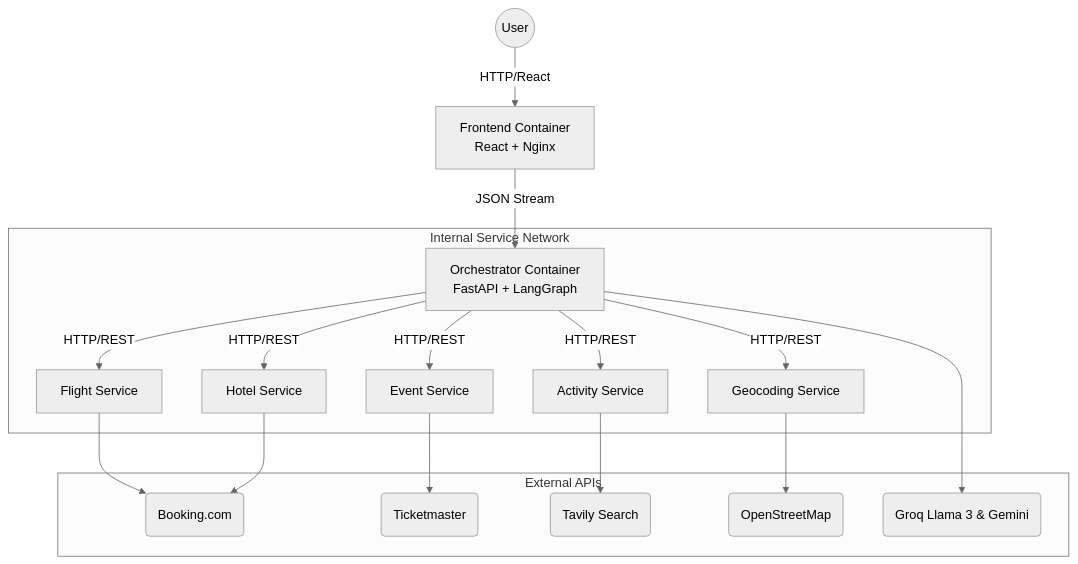
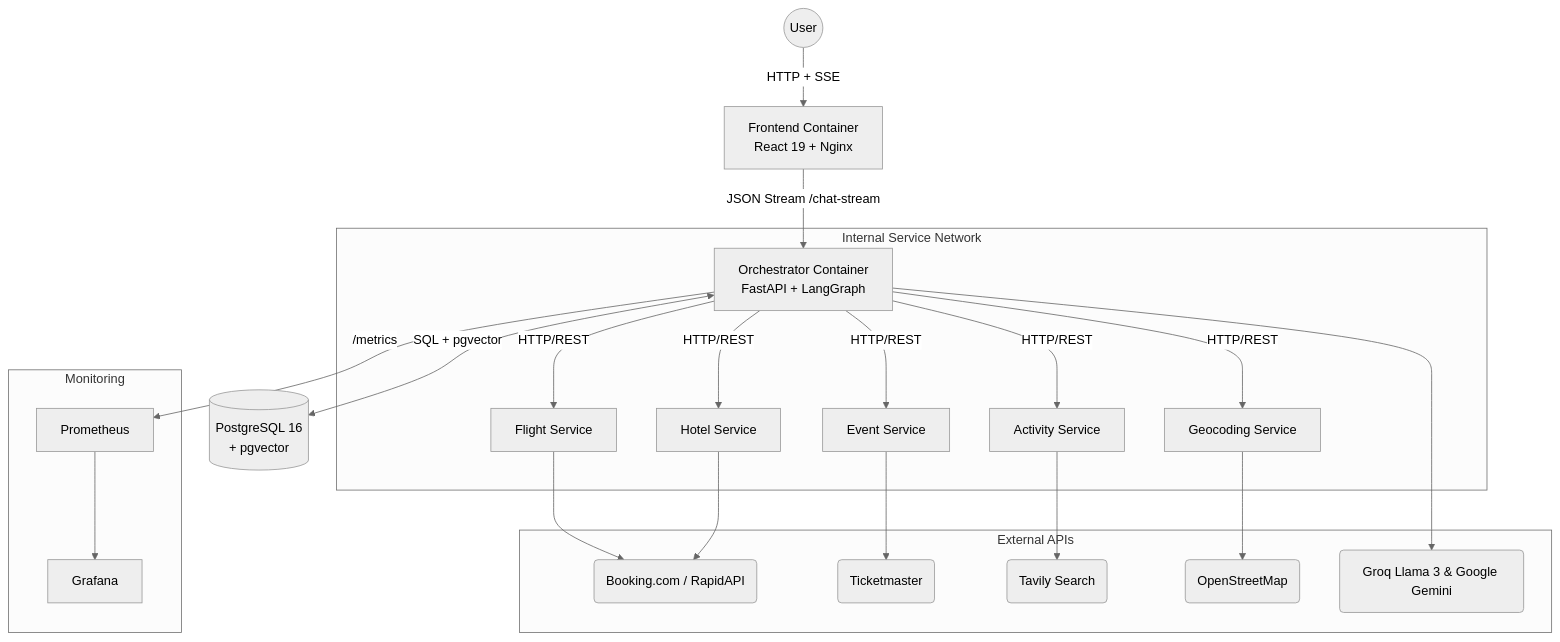
The diagram in README.md (BopsAIle/Agent-travel), drawn with Mermaid (neutral theme) before and after one commit. The commit also changed other lines of this file, not shown here.

````diff
--- a/README.md
+++ b/README.md
@@ -78,22 +90,29 @@
 ```mermaid
 graph TD
-    User((User)) -->|HTTP/React| Frontend[Frontend Container<br>React + Nginx]
-    Frontend -->|JSON Stream| Orch[Orchestrator Container<br>FastAPI + LangGraph]
-    
+    User((User)) -->|HTTP + SSE| Frontend[Frontend Container<br>React 19 + Nginx]
+    Frontend -->|JSON Stream /chat-stream| Orch[Orchestrator Container<br>FastAPI + LangGraph]
+
+    Orch <-->|SQL + pgvector| DB[(PostgreSQL 16<br>+ pgvector)]
+
     subgraph "Internal Service Network"
         Orch -->|HTTP/REST| Flight[Flight Service]
         Orch -->|HTTP/REST| Hotel[Hotel Service]
         Orch -->|HTTP/REST| Event[Event Service]
         Orch -->|HTTP/REST| Activity[Activity Service]
         Orch -->|HTTP/REST| Geo[Geocoding Service]
     end
-    
+
     subgraph "External APIs"
-        Flight --> BookingAPI(Booking.com)
+        Flight --> BookingAPI(Booking.com / RapidAPI)
         Hotel --> BookingAPI
         Event --> TM(Ticketmaster)
         Activity --> Tavily(Tavily Search)
         Geo --> OSM(OpenStreetMap)
-        Orch --> LLM(Groq Llama 3 & Gemini)
+        Orch --> LLM(Groq Llama 3 & Google Gemini)
     end
- ```
+
+    subgraph "Monitoring"
+        Orch -->|/metrics| Prom[Prometheus]
+        Prom --> Grafana[Grafana]
+    end
+```
````
